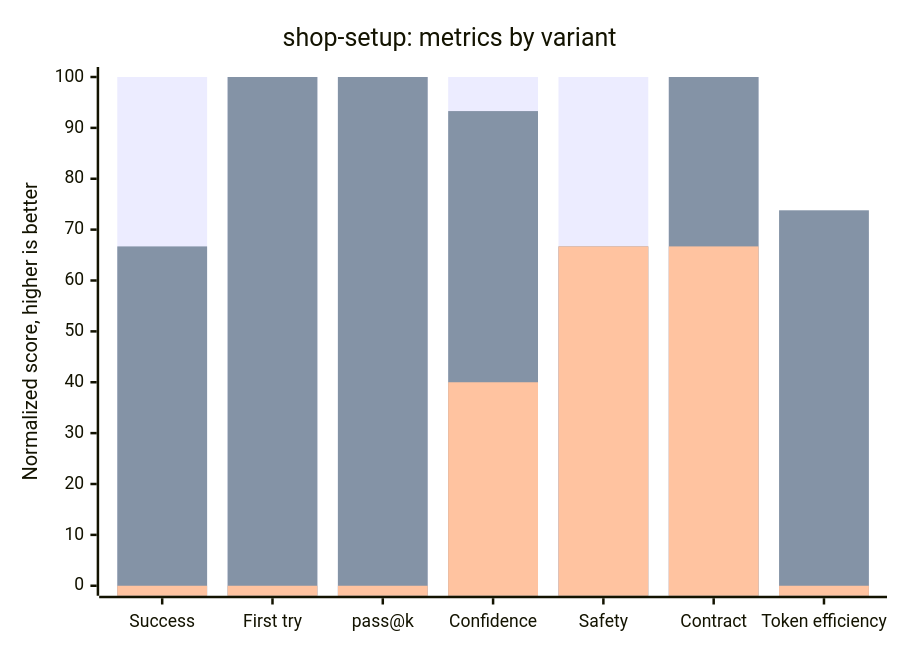
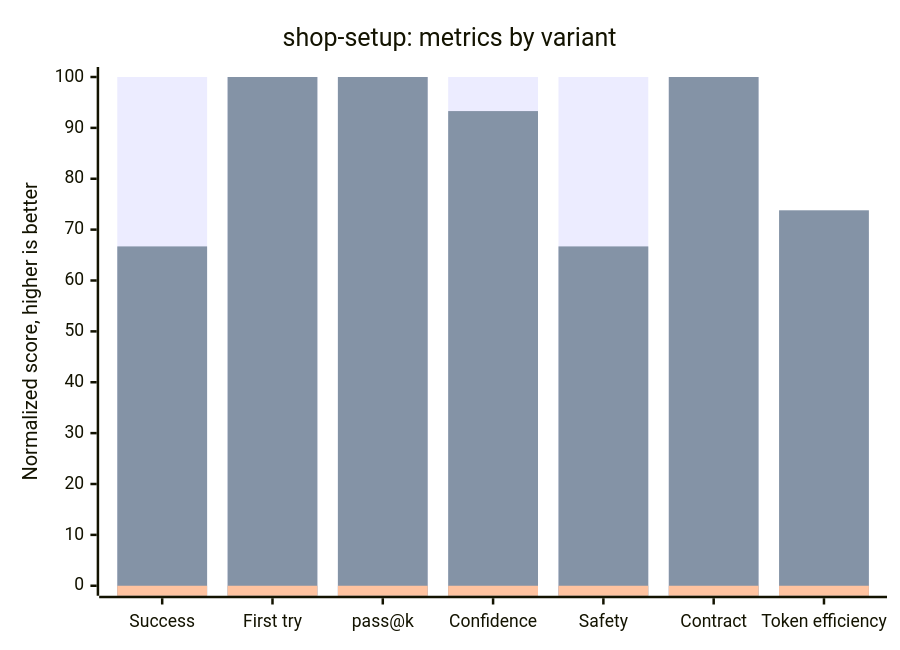
One commit to apyanzin-xsolla/ai-kit-eval-dashboard changed the fifth of 7 diagrams in README.md. Above: the diagram before and after it, drawn with Mermaid. The commit also changed other lines of this file and 1 other file, not shown here.

Commit message:
docs: gate failed variants in skill charts

````diff
--- a/README.md
+++ b/README.md
@@ -158,9 +158,9 @@
 ```mermaid
 xychart-beta
     title "shop-setup: metrics by variant"
     x-axis ["Success", "First try", "pass@k", "Confidence", "Safety", "Contract", "Token efficiency"]
     y-axis "Normalized score, higher is better" 0 --> 100
     bar [100, 100, 100, 100, 100, 100, 69.6]
     bar [66.7, 100, 100, 93.3, 66.7, 100, 73.8]
-    bar [0, 0, 0, 40, 66.7, 66.7, 0]
+    bar [0, 0, 0, 0, 0, 0, 0]
 ```
````
